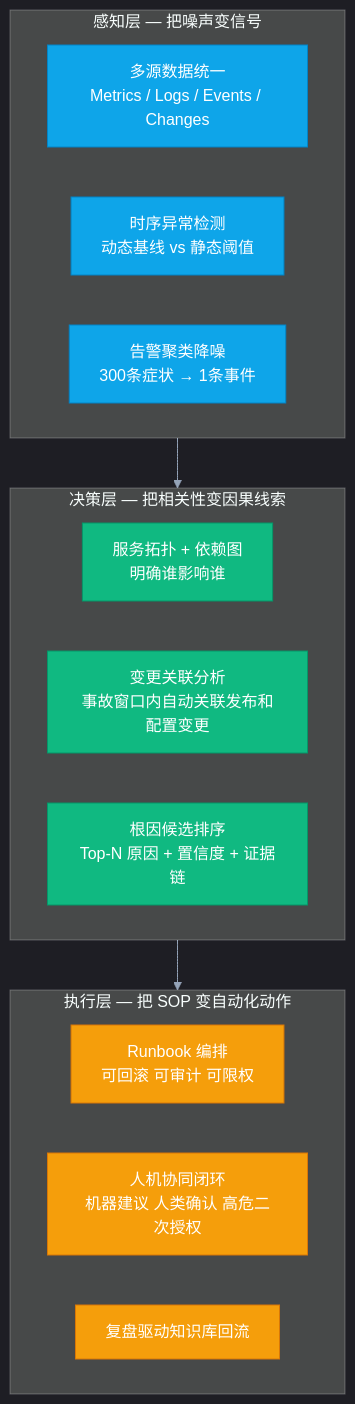
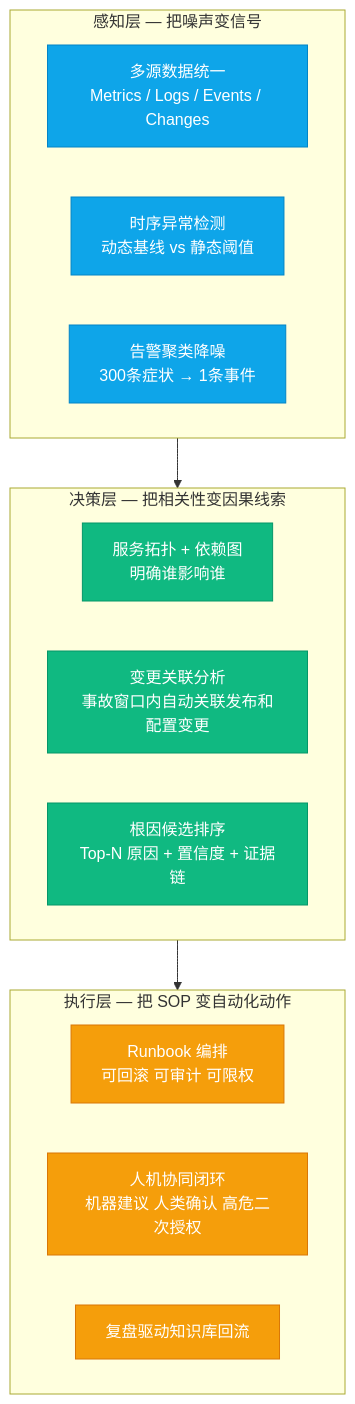
Before and after one commit to hpliStartAgain/my-brain: the first of 2 diagrams in content/SRE/AiOps/01 AiOps 是什么：从救火到防火的运维范式革命.md, drawn with Mermaid. The commit also changed other lines of this file and 10 other files, not shown here.

````diff
--- a/content/SRE/AiOps/01 AiOps 是什么：从救火到防火的运维范式革命.md
+++ b/content/SRE/AiOps/01 AiOps 是什么：从救火到防火的运维范式革命.md
@@ -119,31 +140,31 @@
 ```mermaid
-%%{init: {'theme': 'dark', 'themeVariables': {'primaryColor': '#6366f1', 'primaryTextColor': '#f1f5f9', 'lineColor': '#94a3b8', 'secondaryColor': '#1e293b'}}}%%
+%%{init: {'theme': 'dracula'}}%%
 graph TD
     subgraph L1["感知层 — 把噪声变信号"]
         A1["多源数据统一</br>Metrics / Logs / Events / Changes"]
         A2["时序异常检测</br>动态基线 vs 静态阈值"]
         A3["告警聚类降噪</br>300条症状 → 1条事件"]
     end
 
     subgraph L2["决策层 — 把相关性变因果线索"]
         B1["服务拓扑 + 依赖图</br>明确谁影响谁"]
         B2["变更关联分析</br>事故窗口内自动关联发布和配置变更"]
         B3["根因候选排序</br>Top-N 原因 + 置信度 + 证据链"]
     end
 
     subgraph L3["执行层 — 把 SOP 变自动化动作"]
         C1["Runbook 编排</br>可回滚 可审计 可限权"]
         C2["人机协同闭环</br>机器建议 人类确认 高危二次授权"]
         C3["复盘驱动知识库回流"]
     end
 
     L1 --> L2 --> L3
 
     classDef sensing fill:#0ea5e9,stroke:#0284c7,color:#fff
     classDef decision fill:#10b981,stroke:#059669,color:#fff
     classDef action fill:#f59e0b,stroke:#d97706,color:#fff
 
     class A1,A2,A3 sensing
     class B1,B2,B3 decision
     class C1,C2,C3 action
 ```
````
